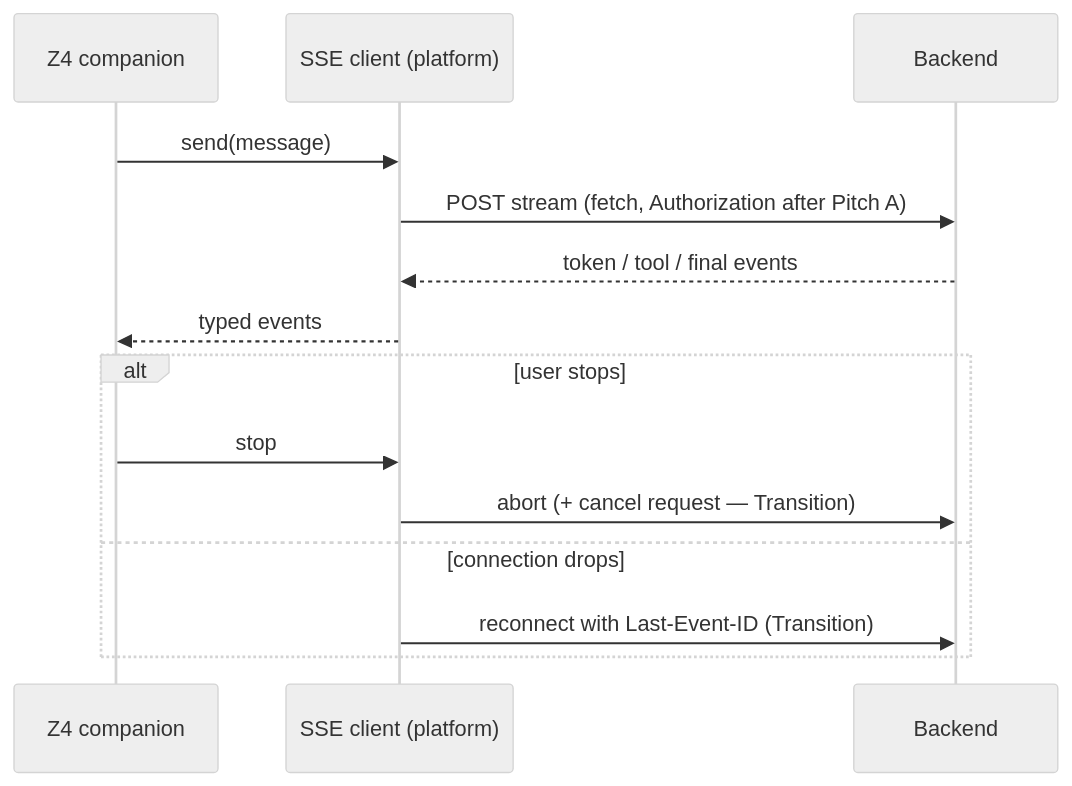
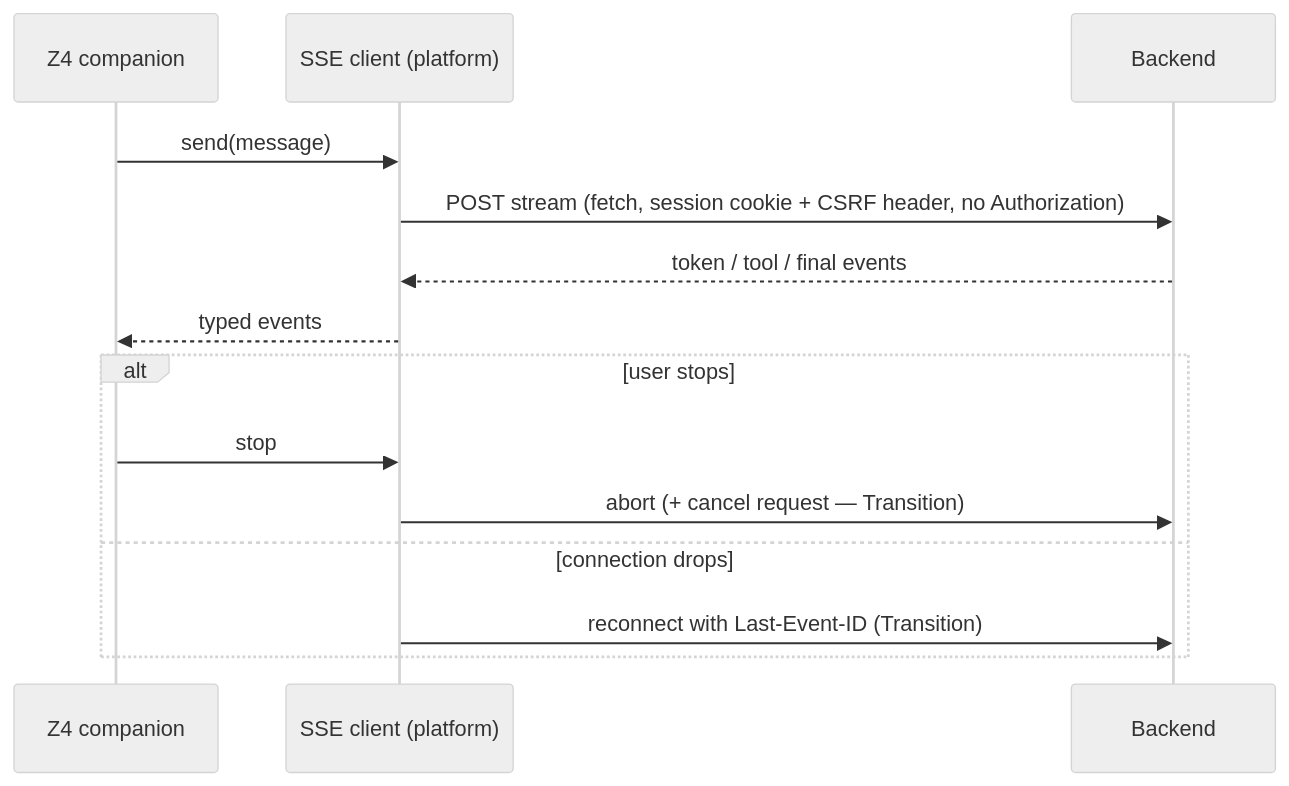
The sixth of 7 diagrams in docs/domains/frontend/ARCHITECTURE.md (d-dragon/dp-stock-investment-assistant), drawn with Mermaid (neutral theme) before and after one commit. The commit also changed other lines of this file and 4 other files, not shown here.

First line of the commit message:
docs(frontend): Pitch M-000-B shaped for delivery; TD 0.4, design lock and architecture updates

````diff
--- a/docs/domains/frontend/ARCHITECTURE.md
+++ b/docs/domains/frontend/ARCHITECTURE.md
@@ -303,16 +303,16 @@
 ```mermaid
 sequenceDiagram
   participant Z4 as Z4 companion
   participant C as SSE client (platform)
   participant B as Backend
   Z4->>C: send(message)
-  C->>B: POST stream (fetch, Authorization after Pitch A)
+  C->>B: POST stream (fetch, session cookie + CSRF header, no Authorization)
   B-->>C: token / tool / final events
   C-->>Z4: typed events
   alt user stops
     Z4->>C: stop
     C->>B: abort (+ cancel request — Transition)
   else connection drops
     C->>B: reconnect with Last-Event-ID (Transition)
   end
 ```
````
